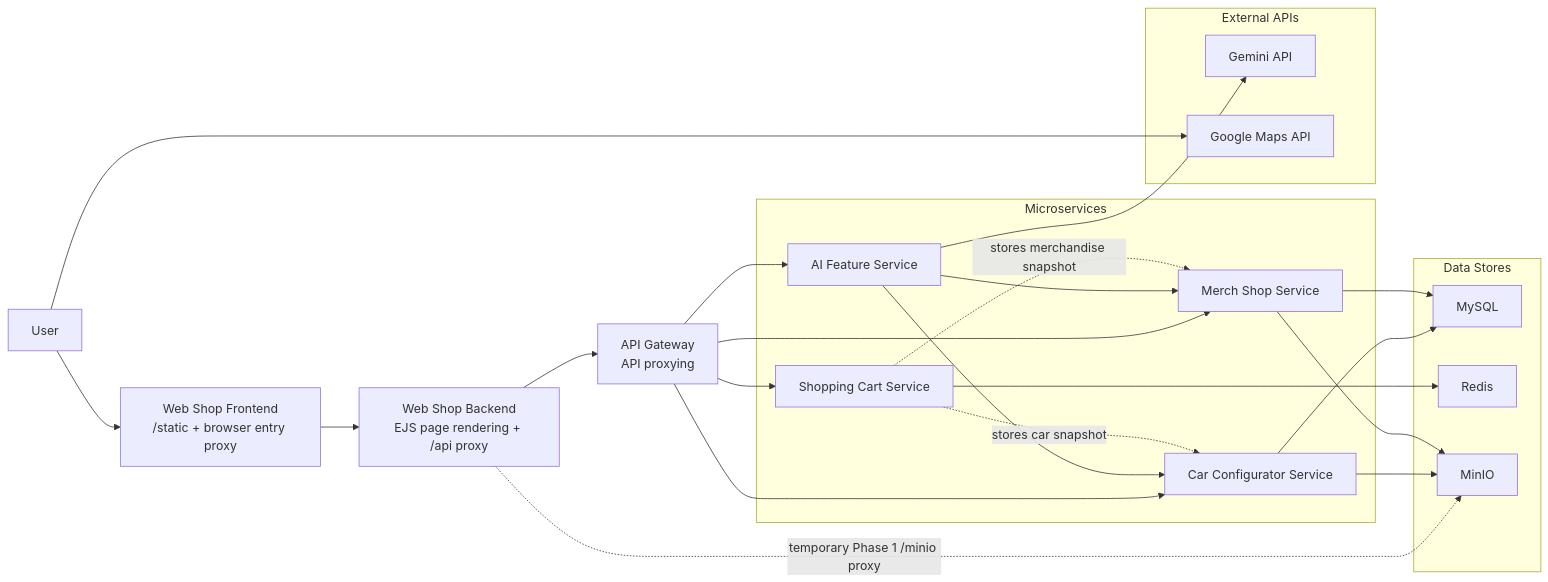
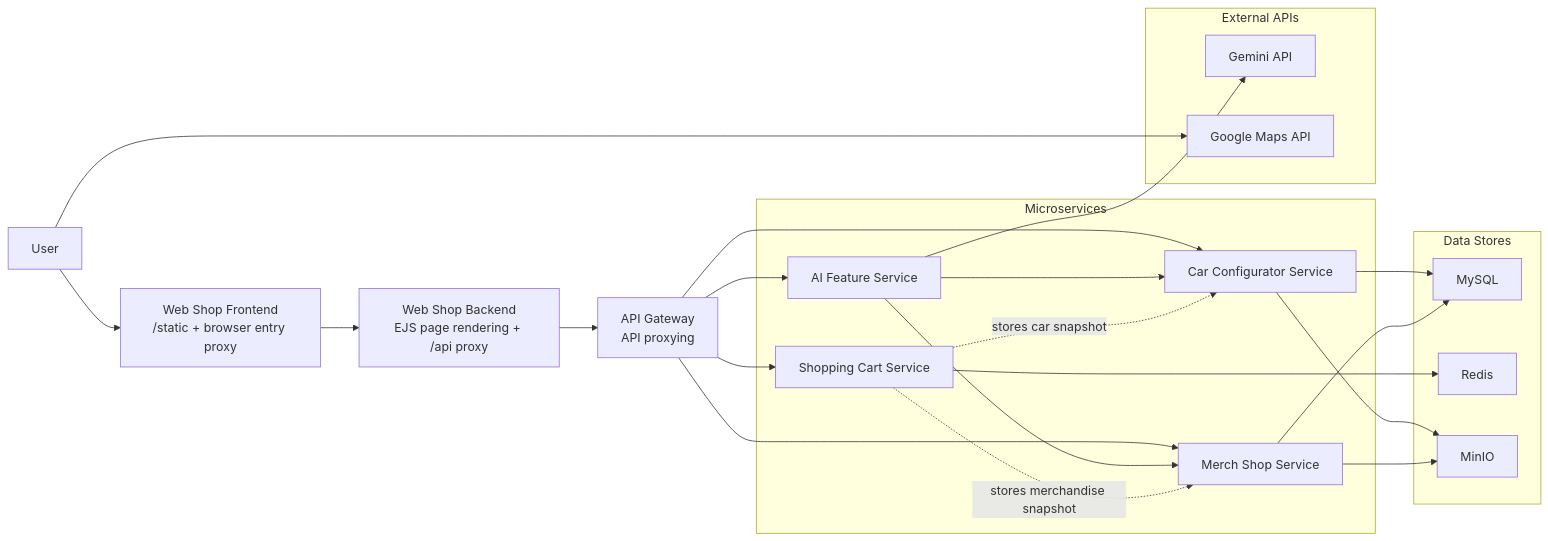
The diagram in docs/diagrams/architecture.mmd (CloudBasedWebApplication/bmw), drawn with Mermaid before and after one commit. The commit also changed 24 other files, not shown here.

```diff
--- a/docs/diagrams/architecture.mmd
+++ b/docs/diagrams/architecture.mmd
@@ -1,50 +1,49 @@
 flowchart LR
     user["User"]
     frontend["Web Shop Frontend\n/static + browser entry proxy"]
     backendPresentation["Web Shop Backend\nEJS page rendering + /api proxy"]
     gateway["API Gateway\nAPI proxying"]
 
     subgraph backend["Microservices"]
         configurator["Car Configurator Service"]
         merchandise["Merch Shop Service"]
         ai["AI Feature Service"]
         cart["Shopping Cart Service"]
     end
 
     subgraph data["Data Stores"]
         mysql["MySQL"]
         redis["Redis"]
         minio["MinIO"]
     end
 
     subgraph external["External APIs"]
         gemini["Gemini API"]
         googlemaps["Google Maps API"]
     end
 
     user --> frontend
     frontend --> backendPresentation
     backendPresentation --> gateway
-    backendPresentation -. "temporary Phase 1 /minio proxy" .-> minio
 
     gateway --> configurator
     gateway --> merchandise
     gateway --> ai
     gateway --> cart
 
     user --> googlemaps
 
     configurator --> mysql
     configurator --> minio
 
     merchandise --> mysql
     merchandise --> minio
 
     ai --> gemini
     ai --> configurator
     ai --> merchandise
 
     cart --> redis
 
     cart -. "stores car snapshot" .-> configurator
     cart -. "stores merchandise snapshot" .-> merchandise
```
